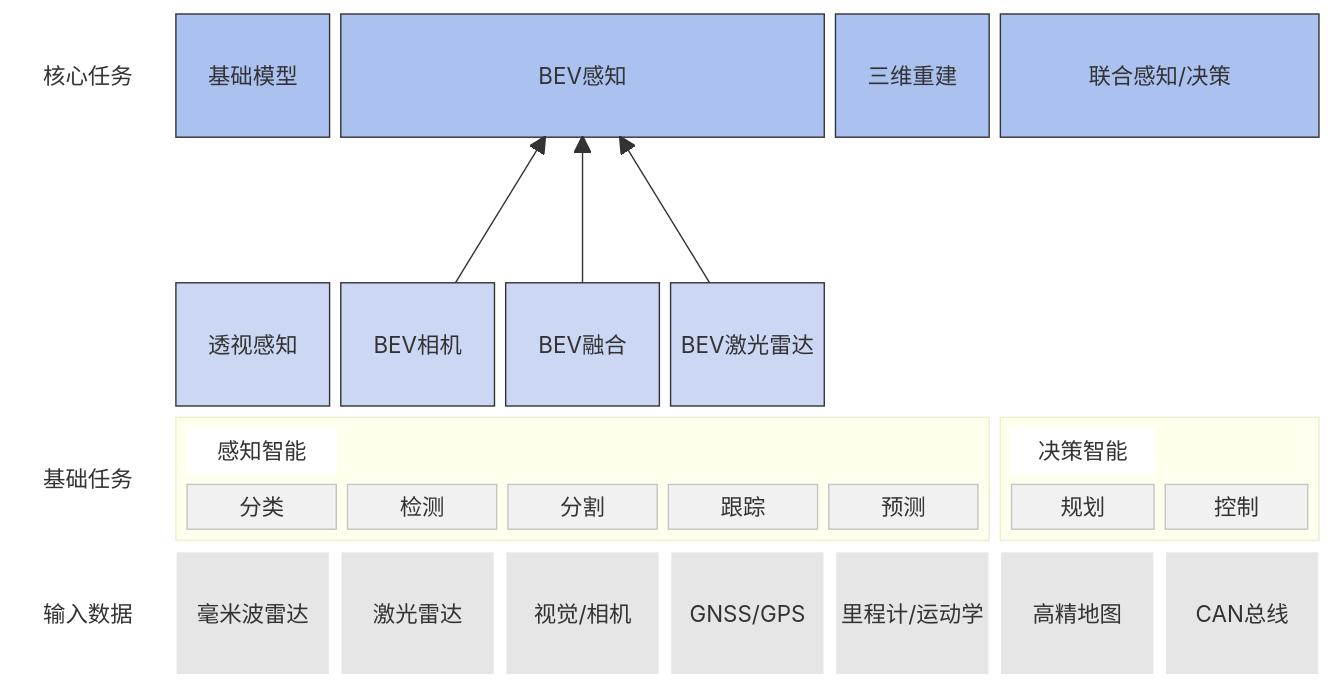
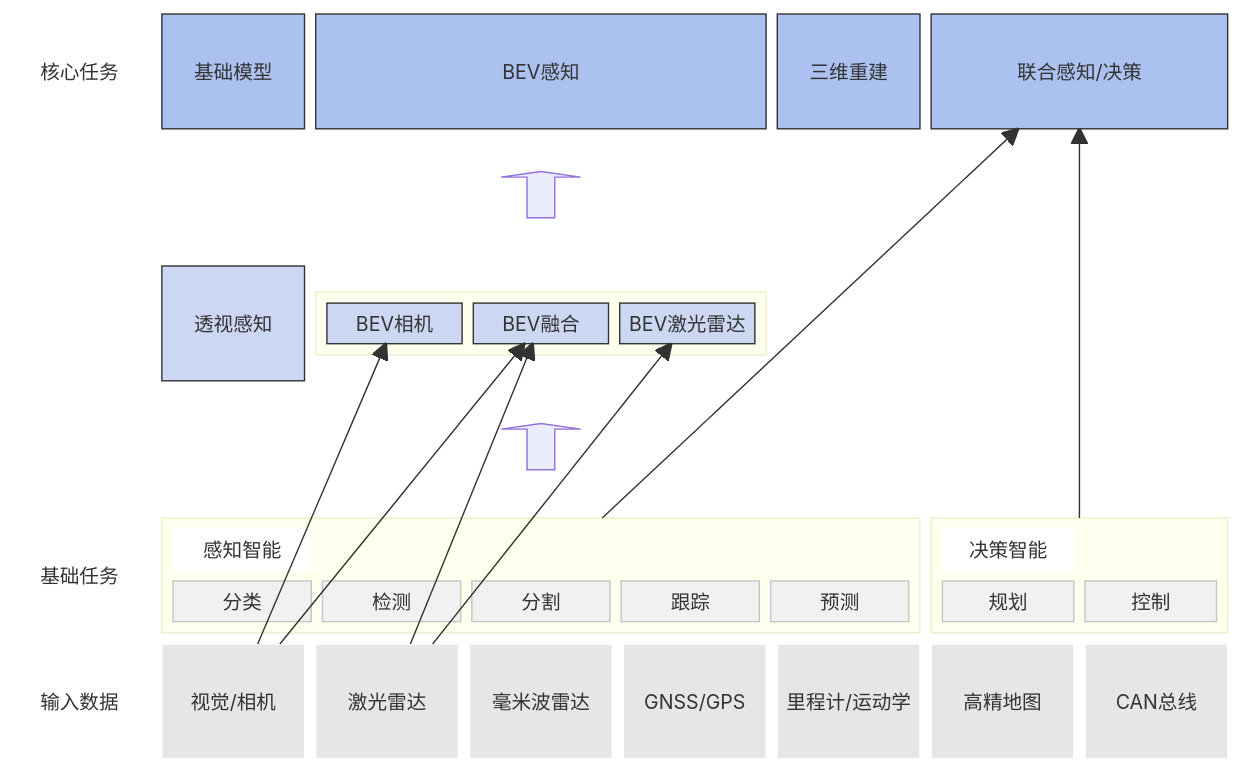
One commit to fenwickxie/notes changed the first of 9 diagrams in self-driving/BEV/BEV.md. Above: the diagram before and after it, drawn with Mermaid. The commit also changed other lines of this file and 5 other files, not shown here.

````diff
--- a/self-driving/BEV/BEV.md
+++ b/self-driving/BEV/BEV.md
@@ -16,45 +17,57 @@
 ```mermaid
 ---
 config:
   theme: default
   themeVariables:
     fontFamily: 'Times New Roman'
-    fontSize: 14
+    fontSize: 14px
 ---
 block-beta
 columns 8
-  classDef tag fill:#ffffffff,stroke:#ffffff,stroke-width:1px,color:#000000,bold:true;
+  classDef tag fill:#ffffff,stroke:#ffffff,stroke-width:1px,color:#000000,bold:true;
   classDef sub fill:#ccd8f3,stroke:#333333;
   classDef core fill:#abc2f1,stroke:#333333;
   classDef basic fill:#f1f1f1,stroke:#c5c5c5;
   classDef input fill:#e6e6e6,stroke:#ffffff;
 
   id0>"核心任务"]:1  id01["基础模型"]:1  id02["BEV感知"]:3 id03["三维重建"]:1  id04["联合感知/决策"]:2
-  space:8
-  space:1 id11["透视感知"]:1 id12["BEV相机"]:1 id13["BEV融合"]:1 id14["BEV激光雷达"]:1 space:3
-
-  
+  space:3
+  blockArrowId1<["&nbsp;&nbsp;&nbsp;"]>(up)
+  space:5
+  id11["透视感知"]:1
+  block:group3:3
+    columns 3
+    id12["BEV相机"]:1 id13["BEV融合"]:1 id14["BEV激光雷达"]:1 
+  end
+  space:6
+  blockArrowId2<["&nbsp;&nbsp;&nbsp;"]>(up)
+  space:4
   id3>"基础任务"]:1
   
   block:group1:5
     columns 5
-     id21["感知智能"]:5   
-     id31["分类"]:1 id32["检测"]:1 id33["分割"]:1 id34["跟踪"]:1 id35["预测"]:1 
+    id21["感知智能"]:5   
+    id31["分类"]:1 id32["检测"]:1 id33["分割"]:1 id34["跟踪"]:1 id35["预测"]:1 
   end
 
   block:group2:2
     columns 2
     id22["决策智能"]:2
     id36["规划"]:1 id37["控制"]:1
   end
 
-  id4>"输入数据"]:1 id41["毫米波雷达"]:1 id42["激光雷达"]:1 id43["视觉/相机"]:1 id44["GNSS/GPS"]:1 id45["里程计/运动学"]:1 id46["高精地图"]:1 id47["CAN总线"]:1
+  id4>"输入数据"]:1 id41["视觉/相机"]:1 id42["激光雷达"]:1 id43["毫米波雷达"]:1 id44["GNSS/GPS"]:1 id45["里程计/运动学"]:1 id46["高精地图"]:1 id47["CAN总线"]:1
 
-  id12 -->id02 id13 -->id02 id14 -->id02
+  group1 -->id04
+  group2 -->id04
+  id41 --> id12
+  id41 --> id13
+  id42 --> id14
+  id42 --> id13
 
   class id0,id21,id22,id3,id21,id22,id4 tag
   class id11,id12,id13,id14 sub
   class id31,id32,id33,id34,id35,id36,id37 basic
   class id41,id42,id43,id44,id45,id46,id47 input
   class id01,id02,id03,id04 core
 ```
````
